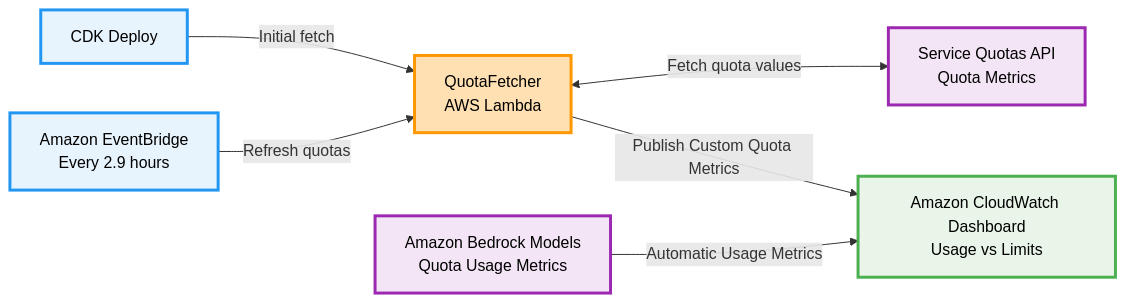
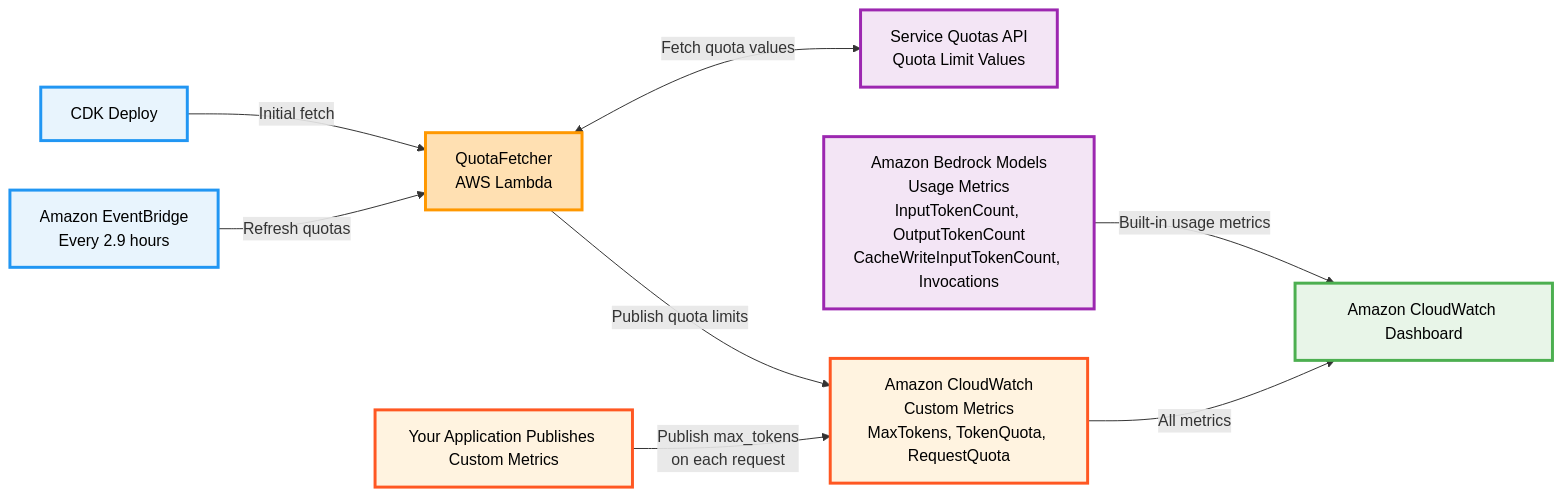
One commit to Kilo-Org/aws-bedrock-o11y changed the diagram in README.md. Above: the diagram before and after it, drawn with Mermaid. The commit also changed other lines of this file and 2 other files, not shown here.

Commit message:
Update Dashboard to reflect common throttling usecase

````diff
--- a/README.md
+++ b/README.md
@@ -65,34 +285,46 @@
 ```mermaid
 graph LR
     %% Triggers
     DEPLOY[CDK Deploy]
     SCHEDULE[Amazon EventBridge<br/>Every 2.9 hours]
     
     %% Core Function
     LAMBDA[QuotaFetcher<br/>AWS Lambda]
     
     %% Data Sources
-    QUOTAS[Service Quotas API<br/>Quota Metrics]
-    BEDROCK[Amazon Bedrock Models<br/>Quota Usage Metrics]
+    QUOTAS[Service Quotas API<br/>Quota Limit Values]
+    BEDROCK[Amazon Bedrock Models<br/>Usage Metrics<br/>InputTokenCount, OutputTokenCount<br/>CacheWriteInputTokenCount, Invocations]
+    
+    %% Custom Metrics Source
+    APP[Your Application Publishes Custom Metrics]
+    
+    %% CloudWatch Metrics
+    CW_CUSTOM[Amazon CloudWatch<br/>Custom Metrics<br/>MaxTokens, TokenQuota, RequestQuota]
     
     %% Output
-    DASHBOARD[Amazon CloudWatch Dashboard<br/>Usage vs Limits]
+    DASHBOARD[Amazon CloudWatch Dashboard]
     
-    %% Flow
+    %% Flow - Quota Management
     DEPLOY -->|Initial fetch| LAMBDA
     SCHEDULE -->|Refresh quotas| LAMBDA
     LAMBDA <-->|Fetch quota values| QUOTAS
-    LAMBDA -->|Publish Custom Quota Metrics| DASHBOARD
-    BEDROCK -->|Automatic Usage Metrics| DASHBOARD
+    LAMBDA -->|Publish quota limits| CW_CUSTOM
+    
+    %% Flow - Usage Tracking
+    BEDROCK -->|Built-in usage metrics| DASHBOARD
+    APP -->|Publish max_tokens<br/>on each request| CW_CUSTOM
+    CW_CUSTOM -->|All metrics| DASHBOARD
     
     %% Improved Styling for Better Readability
     classDef trigger fill:#E8F4FD,stroke:#2196F3,stroke-width:3px,color:#000
     classDef lambda fill:#FFE0B2,stroke:#FF9800,stroke-width:3px,color:#000
     classDef data fill:#F3E5F5,stroke:#9C27B0,stroke-width:3px,color:#000
+    classDef custom fill:#FFF3E0,stroke:#FF5722,stroke-width:3px,color:#000
     classDef output fill:#E8F5E8,stroke:#4CAF50,stroke-width:3px,color:#000
     
     class DEPLOY,SCHEDULE trigger
     class LAMBDA lambda
     class QUOTAS,BEDROCK data
+    class APP,CW_CUSTOM custom
     class DASHBOARD output
 ```
````
